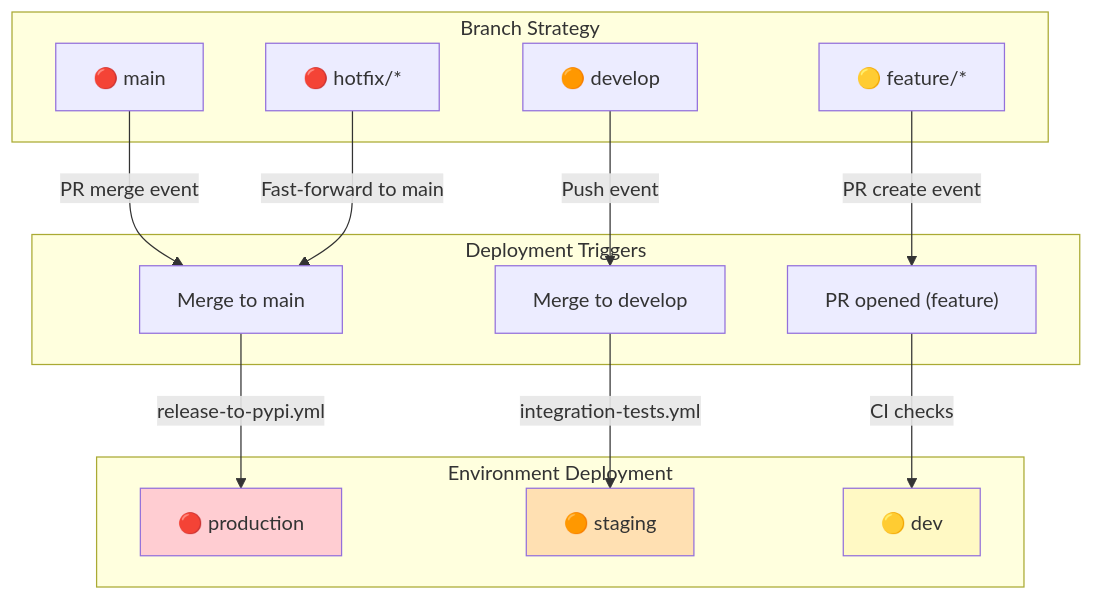
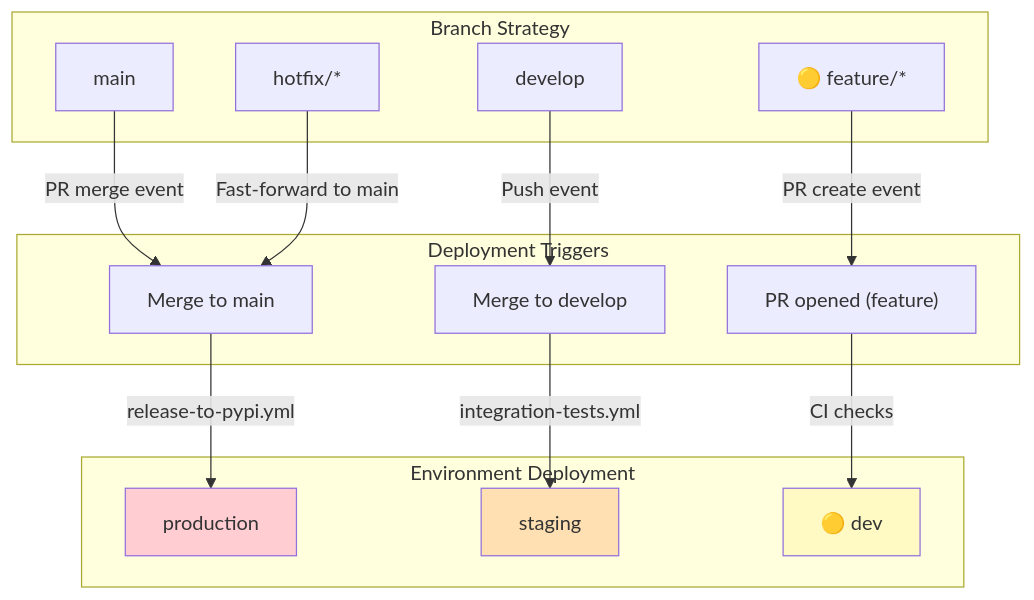
The second of 2 diagrams in docs/security/RBAC_AND_APPROVAL_CHAINS.md (Aries-Serpent/_codex_), drawn with Mermaid before and after one commit. The commit also changed other lines of this file and 2029 other files, not shown here.

````diff
--- a/docs/security/RBAC_AND_APPROVAL_CHAINS.md
+++ b/docs/security/RBAC_AND_APPROVAL_CHAINS.md
@@ -606,36 +608,36 @@
 ```mermaid
 graph TD
     subgraph "Branch Strategy"
-        main["🔴 main"]
-        develop["🟠 develop"]
+        main[" main"]
+        develop[" develop"]
         feature["🟡 feature/*"]
-        hotfix["🔴 hotfix/*"]
+        hotfix[" hotfix/*"]
     end
     
     subgraph "Environment Deployment"
-        prod["🔴 production"]
-        staging["🟠 staging"]
+        prod[" production"]
+        staging[" staging"]
         dev["🟡 dev"]
     end
     
     subgraph "Deployment Triggers"
         merge_main["Merge to main"]
         merge_dev["Merge to develop"]
         pr_open["PR opened (feature)"]
     end
     
     main -->|PR merge event| merge_main
     merge_main -->|release-to-pypi.yml| prod
     
     develop -->|Push event| merge_dev
     merge_dev -->|integration-tests.yml| staging
     
     feature -->|PR create event| pr_open
     pr_open -->|CI checks| dev
     
     hotfix -->|Fast-forward to main| merge_main
     
     style prod fill:#ffcdd2
     style staging fill:#ffe0b2
     style dev fill:#fff9c4
 ```
````
